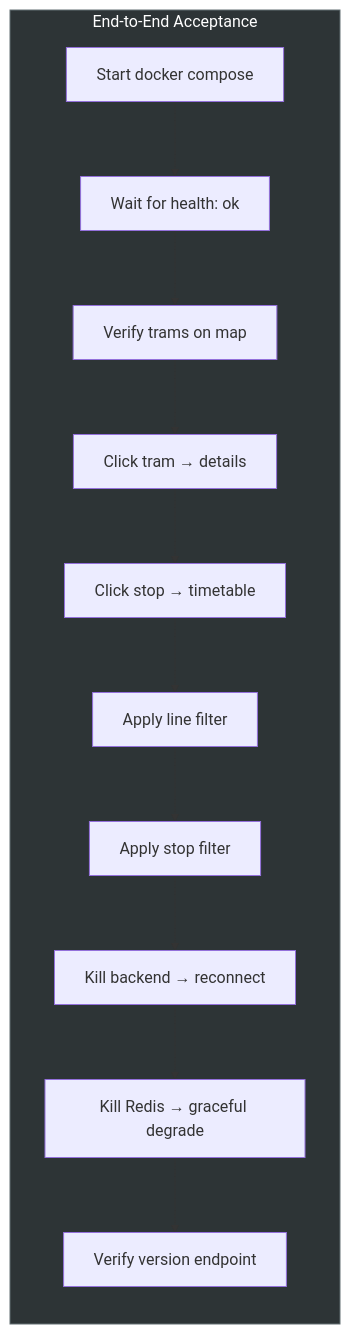
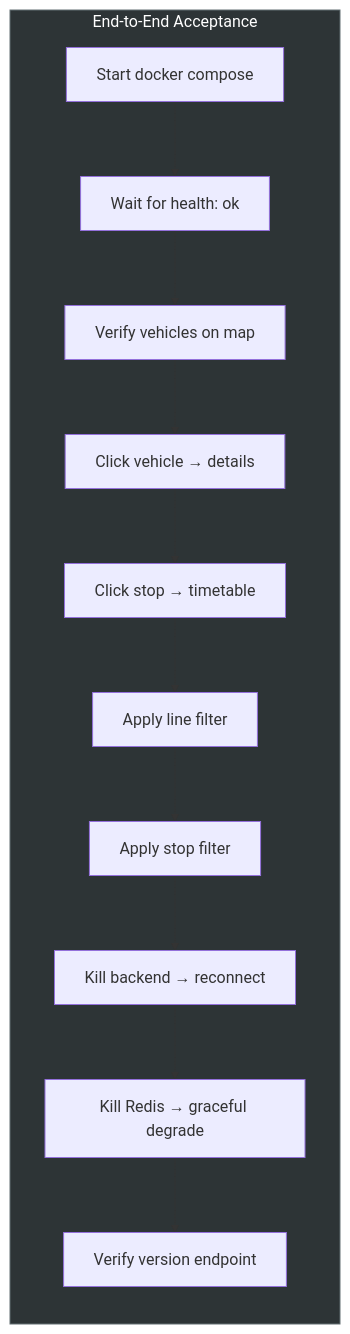
One commit to Saavuori/ratikka changed the second of 2 diagrams in docs/VERIFICATION.md. Above: the diagram before and after it, drawn with Mermaid. The commit also changed other lines of this file and 6 other files, not shown here.

Commit message:
docs: update HSL - LIVE documentation, diagrams, and screenshots

````diff
--- a/docs/VERIFICATION.md
+++ b/docs/VERIFICATION.md
@@ -297,19 +299,19 @@
 ```mermaid
 graph LR
     subgraph e2e["End-to-End Acceptance"]
         T1["Start docker compose"]
         T2["Wait for health: ok"]
-        T3["Verify trams on map"]
-        T4["Click tram → details"]
+        T3["Verify vehicles on map"]
+        T4["Click vehicle → details"]
         T5["Click stop → timetable"]
         T6["Apply line filter"]
         T7["Apply stop filter"]
         T8["Kill backend → reconnect"]
         T9["Kill Redis → graceful degrade"]
         T10["Verify version endpoint"]
     end
     
     T1 --> T2 --> T3 --> T4 --> T5 --> T6 --> T7 --> T8 --> T9 --> T10
     
     style e2e fill:#2d3436,stroke:#636e72,color:#fff
 ```
````
